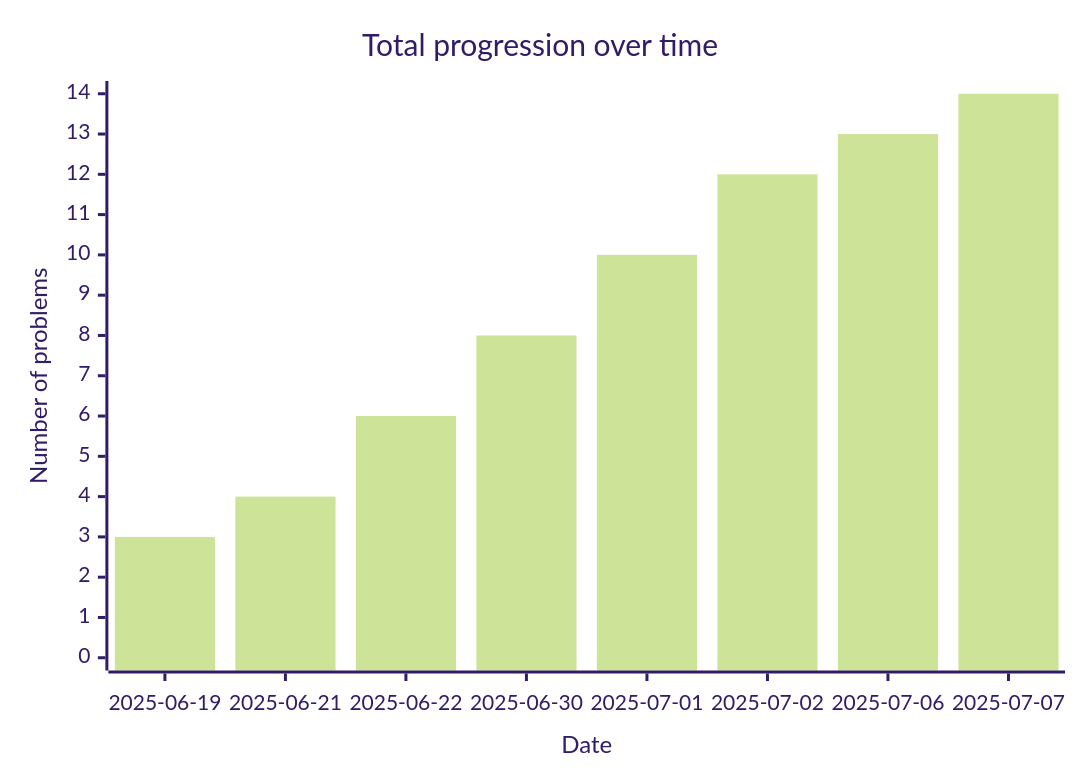
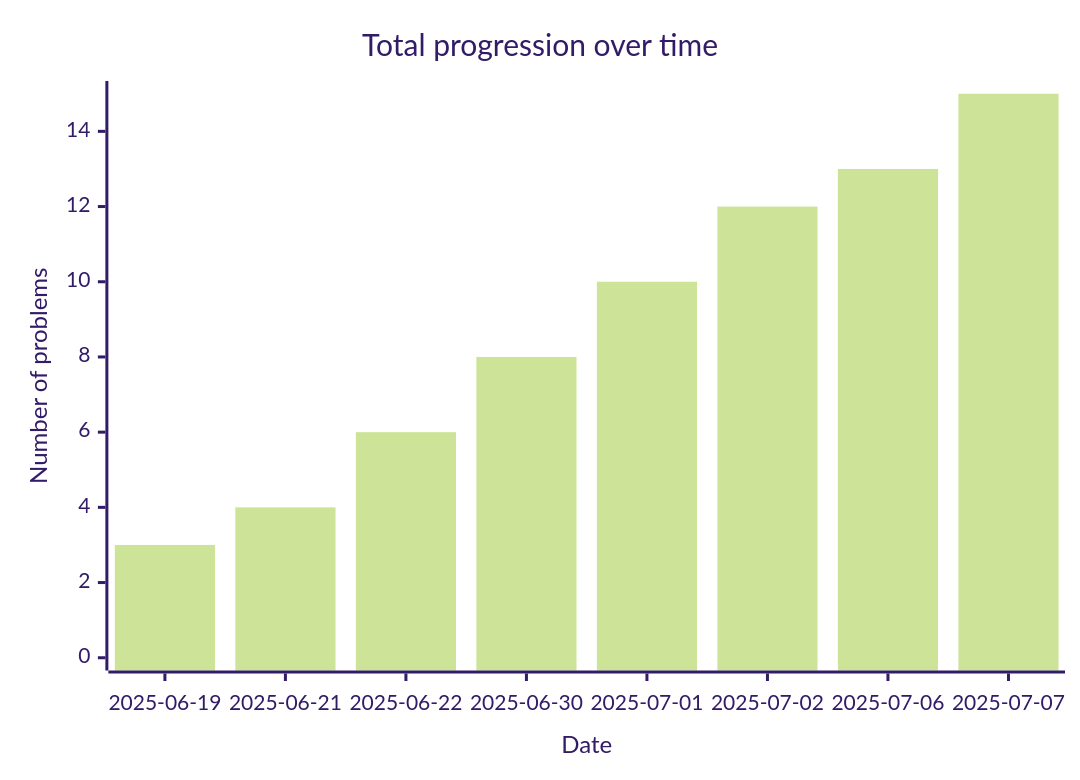
One commit to Hugo-Hbrt/leetcode-diary changed the diagram in README.md. Above: the diagram before and after it, drawn with Mermaid (forest theme). The commit also changed other lines of this file and 1 other file, not shown here.

Commit message:
[BOT] Update README files

````diff
--- a/README.md
+++ b/README.md
@@ -14,10 +14,10 @@
 ```mermaid
 ---
 config:
 ---
 xychart-beta
     title "Total progression over time"
     x-axis Date[2025-06-19, 2025-06-21, 2025-06-22, 2025-06-30, 2025-07-01, 2025-07-02, 2025-07-06, 2025-07-07]
-    y-axis "Number of problems" 0 --> 14
-    bar[3, 4, 6, 8, 10, 12, 13, 14]
+    y-axis "Number of problems" 0 --> 15
+    bar[3, 4, 6, 8, 10, 12, 13, 15]
 ```
````
